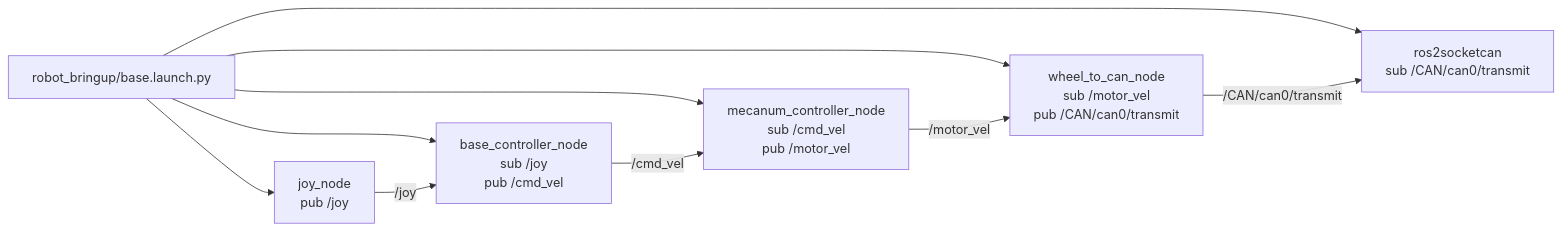
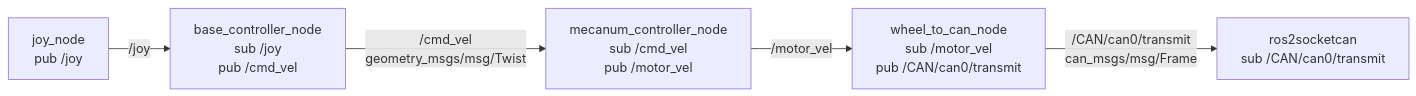
One commit to rodep-soft/rox2026 changed the fourth of 4 diagrams in ros2_ws/src/test.md. Above: the diagram before and after it, drawn with Mermaid. The commit also changed other lines of this file and 33 other files, not shown here.

````diff
--- a/ros2_ws/src/test.md
+++ b/ros2_ws/src/test.md
@@ -266,20 +107,13 @@
 ```mermaid
 flowchart LR
-  launch["robot_bringup/base.launch.py"]
   joy["joy_node<br/>pub /joy"]
   base["base_controller_node<br/>sub /joy<br/>pub /cmd_vel"]
   mecanum["mecanum_controller_node<br/>sub /cmd_vel<br/>pub /motor_vel"]
   wheel["wheel_to_can_node<br/>sub /motor_vel<br/>pub /CAN/can0/transmit"]
   socketcan["ros2socketcan<br/>sub /CAN/can0/transmit"]
 
-  launch --> joy
-  launch --> base
-  launch --> mecanum
-  launch --> wheel
-  launch --> socketcan
-
   joy -->|/joy| base
-  base -->|/cmd_vel| mecanum
+  base -->|/cmd_vel<br/>geometry_msgs/msg/Twist| mecanum
   mecanum -->|/motor_vel| wheel
-  wheel -->|/CAN/can0/transmit| socketcan
+  wheel -->|/CAN/can0/transmit<br/>can_msgs/msg/Frame| socketcan
 ```
````
